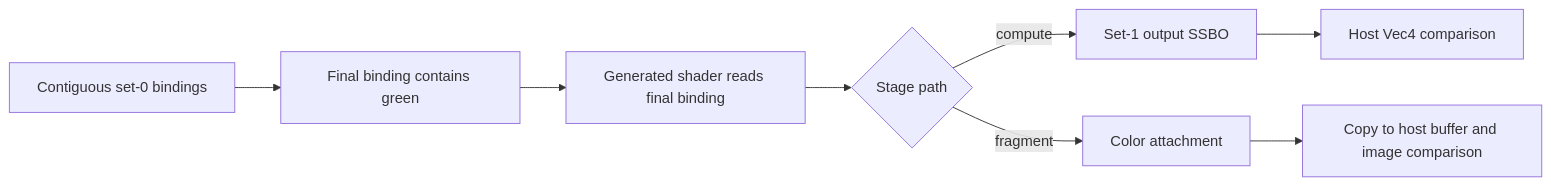
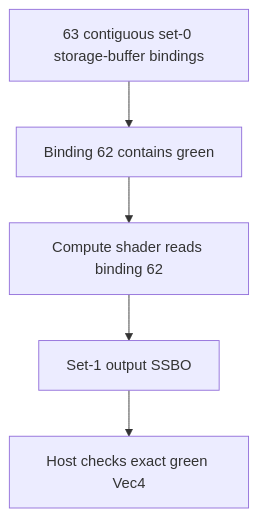
The first of 2 diagrams in external/vulkancts/wiki/testfiles/pipeline/DescriptorLimits.md (Thomaswang0822/VulkanCTS-Wiki), drawn with Mermaid before and after one commit. The commit also changed other lines of this file and 363 other files, not shown here.

````diff
--- a/external/vulkancts/wiki/testfiles/pipeline/DescriptorLimits.md
+++ b/external/vulkancts/wiki/testfiles/pipeline/DescriptorLimits.md
@@ -80,10 +78,7 @@
 ```mermaid
-flowchart LR
-    A[Contiguous set-0 bindings] --> B[Final binding contains green]
-    B --> C[Generated shader reads final binding]
-    C --> D{Stage path}
-    D -->|compute| E[Set-1 output SSBO]
-    D -->|fragment| F[Color attachment]
-    E --> G[Host Vec4 comparison]
-    F --> H[Copy to host buffer and image comparison]
+flowchart TD
+    A[63 contiguous set-0 storage-buffer bindings] --> B[Binding 62 contains green]
+    B --> C[Compute shader reads binding 62]
+    C --> D[Set-1 output SSBO]
+    D --> E[Host checks exact green Vec4]
 ```
````
